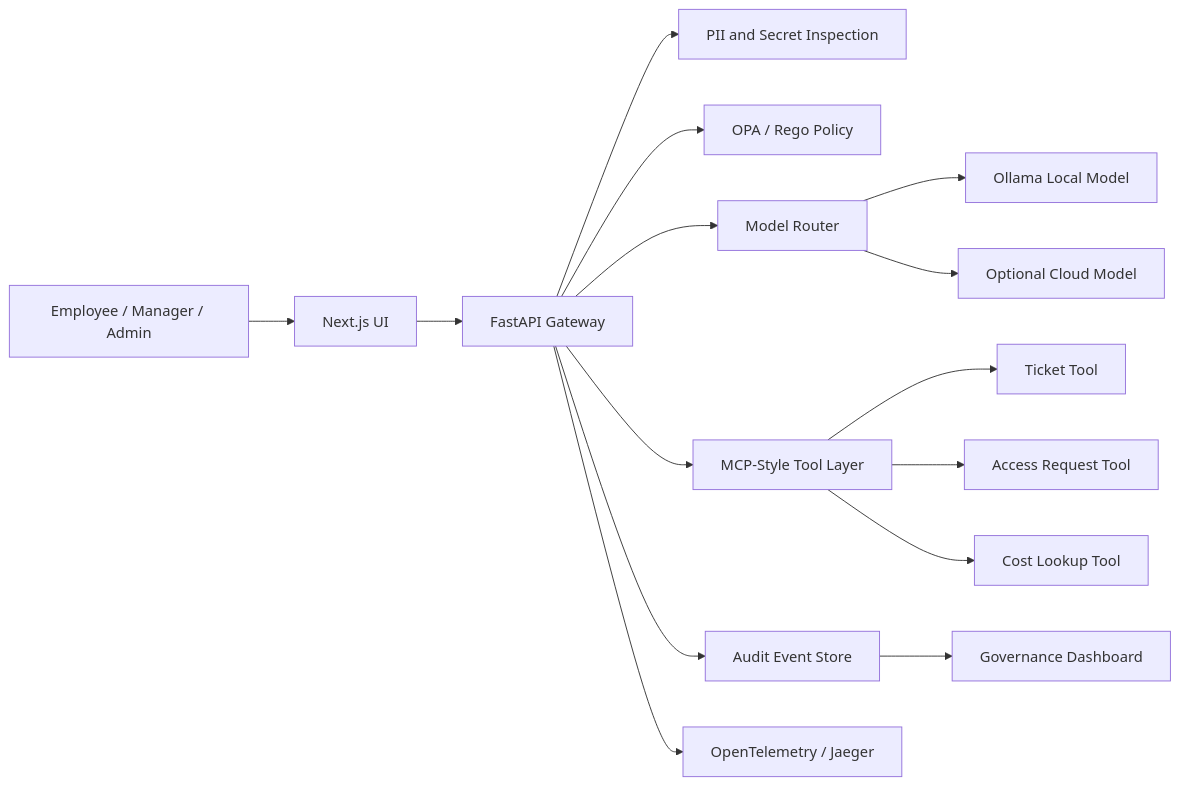
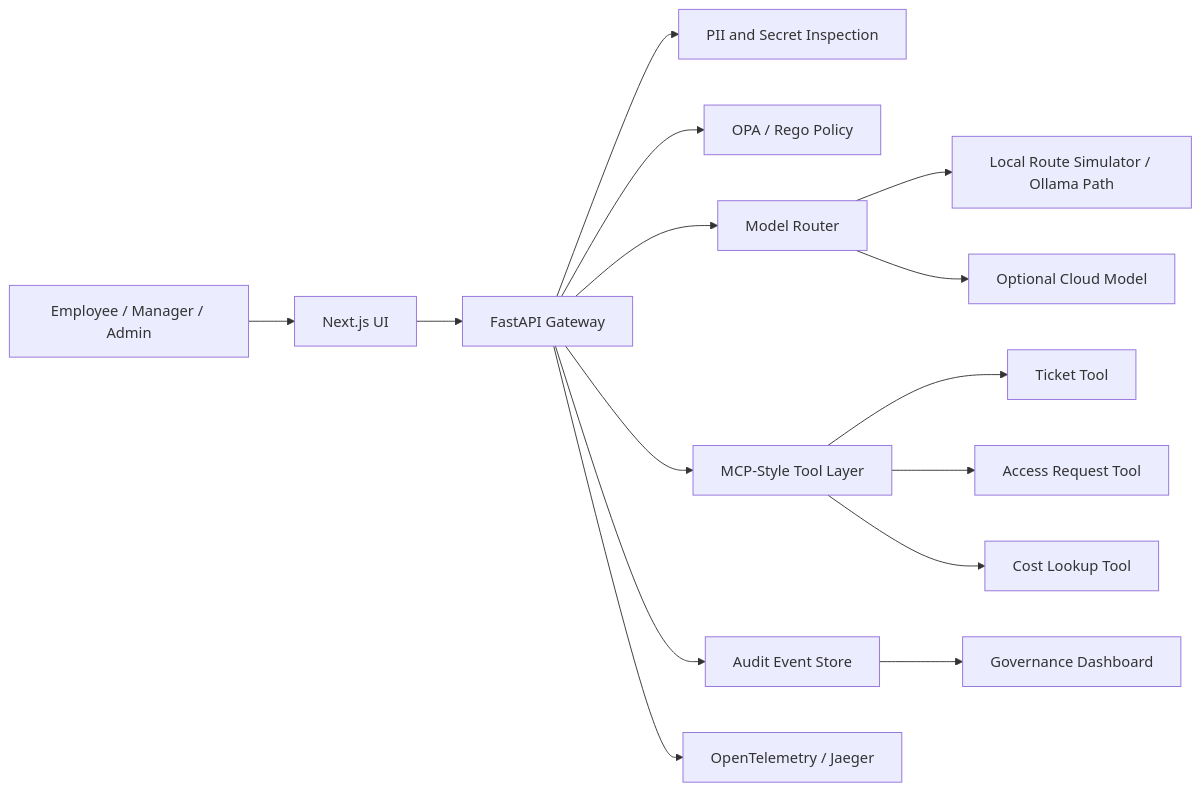
The diagram in README.md (manynames3/aegisdesk-cloudops-control-plane), drawn with Mermaid before and after one commit. The commit also changed other lines of this file and 34 other files, not shown here.

````diff
--- a/README.md
+++ b/README.md
@@ -61,17 +61,17 @@
 ```mermaid
 flowchart LR
     User["Employee / Manager / Admin"] --> Web["Next.js UI"]
     Web --> API["FastAPI Gateway"]
     API --> Redaction["PII and Secret Inspection"]
     API --> OPA["OPA / Rego Policy"]
     API --> Router["Model Router"]
-    Router --> Local["Ollama Local Model"]
+    Router --> Local["Local Route Simulator / Ollama Path"]
     Router --> Cloud["Optional Cloud Model"]
     API --> Tools["MCP-Style Tool Layer"]
     Tools --> Ticket["Ticket Tool"]
     Tools --> Access["Access Request Tool"]
     Tools --> Cost["Cost Lookup Tool"]
     API --> Audit["Audit Event Store"]
     API --> Trace["OpenTelemetry / Jaeger"]
     Audit --> Dashboard["Governance Dashboard"]
 ```
````
